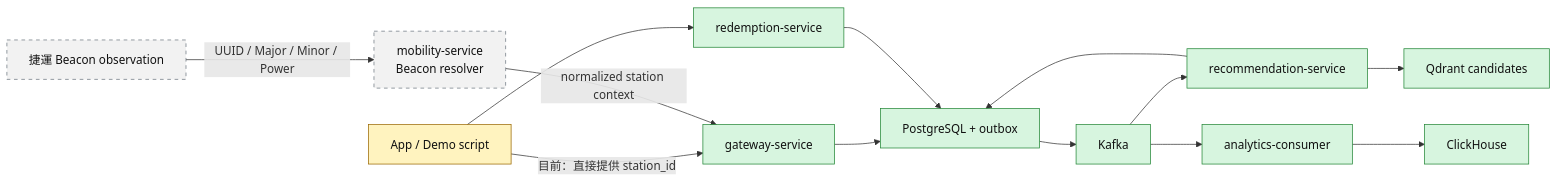
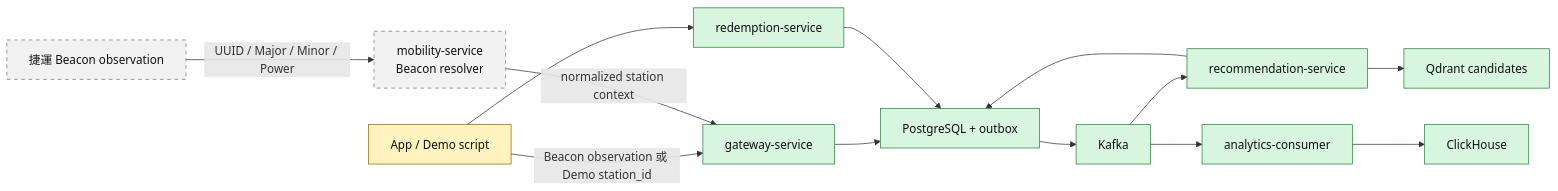
Before and after one commit to HiIamJeff67/spacetime-node: the first of 6 diagrams in docs/architecture.md, drawn with Mermaid. The commit also changed other lines of this file and 4 other files, not shown here.

````diff
--- a/docs/architecture.md
+++ b/docs/architecture.md
@@ -52,22 +52,22 @@
 ```mermaid
 flowchart LR
-    App["App / Demo script"] -->|"目前：直接提供 station_id"| Gateway["gateway-service"]
+    App["App / Demo script"] -->|"Beacon observation 或 Demo station_id"| Gateway["gateway-service"]
     Beacon["捷運 Beacon observation"] -->|"UUID / Major / Minor / Power"| Mobility["mobility-service\nBeacon resolver"]
     Mobility -->|"normalized station context"| Gateway
     Gateway --> PG["PostgreSQL + outbox"]
     PG --> Kafka["Kafka"]
     Kafka --> Recommendation["recommendation-service"]
     Recommendation --> Qdrant["Qdrant candidates"]
     Recommendation --> PG
     Kafka --> Analytics["analytics-consumer"]
     Analytics --> ClickHouse["ClickHouse"]
     App --> Redemption["redemption-service"]
     Redemption --> PG
 
     classDef complete fill:#d7f5df,stroke:#238636,color:#111;
     classDef partial fill:#fff3bf,stroke:#9a6700,color:#111;
     classDef planned fill:#f2f2f2,stroke:#6e7781,stroke-dasharray:5 5,color:#111;
     class Gateway,PG,Kafka,Recommendation,Qdrant,Analytics,ClickHouse,Redemption complete;
     class App partial;
     class Beacon,Mobility planned;
 ```
````
